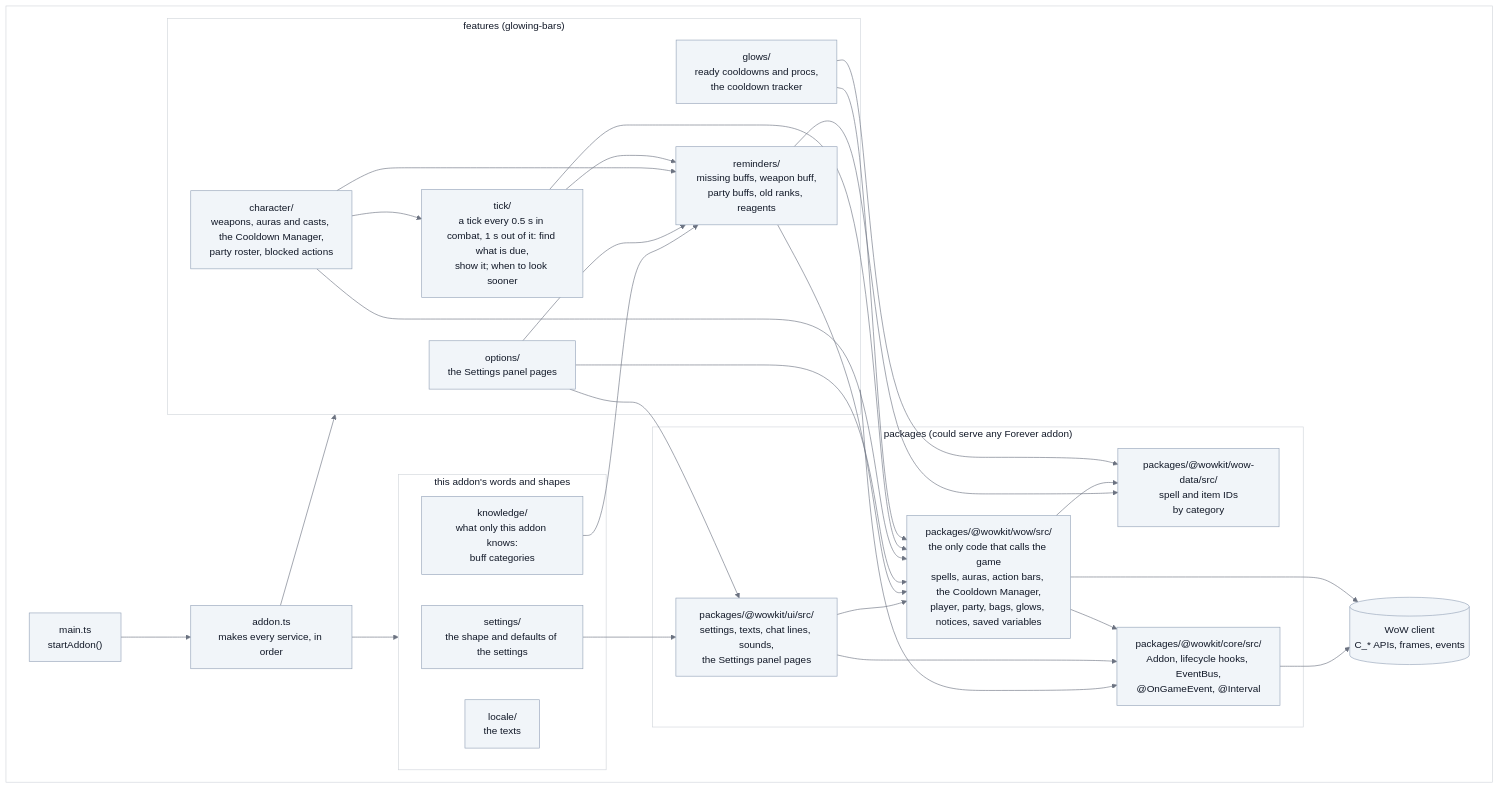
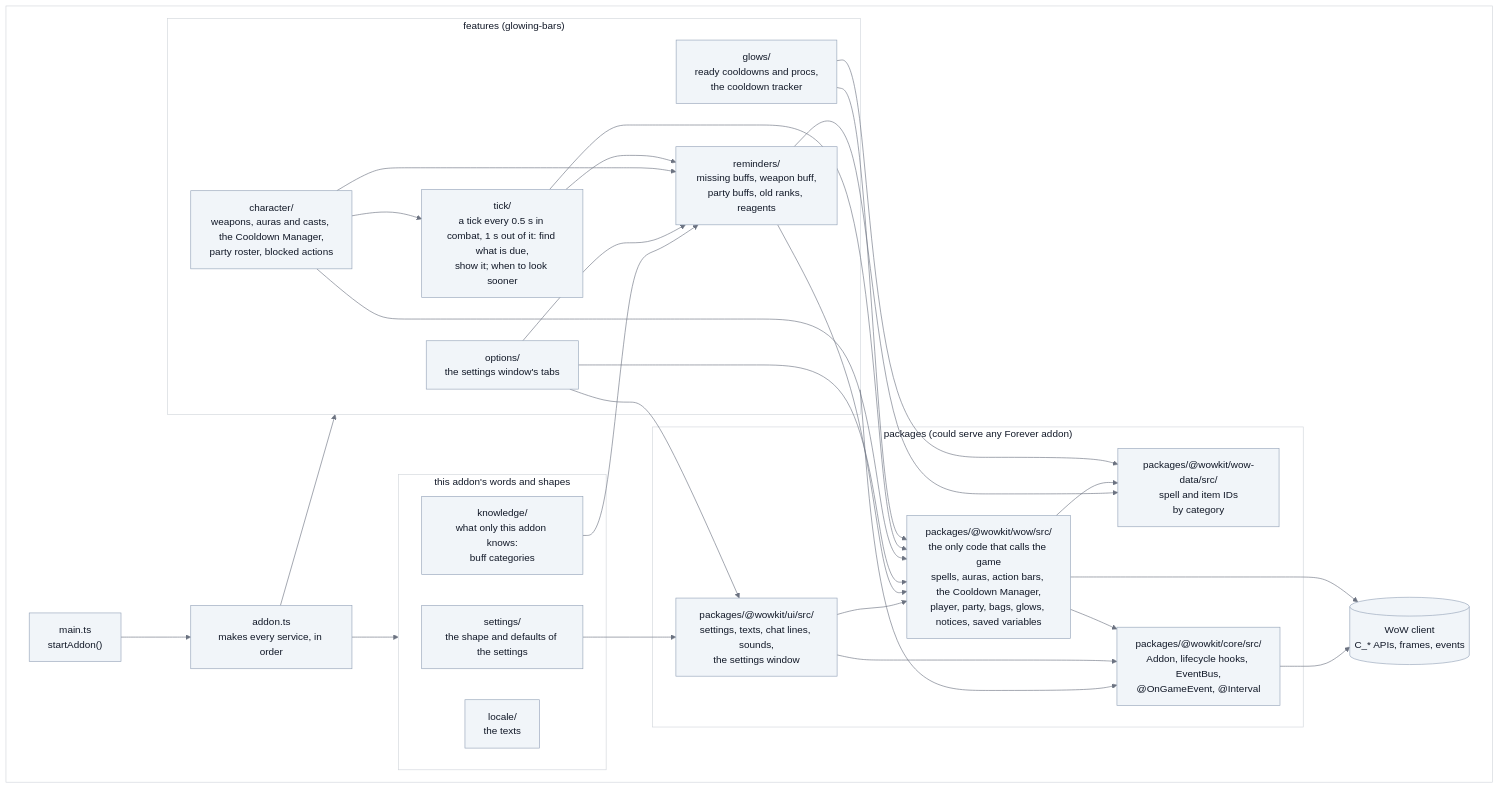
One commit to vattiss/wowkit changed the third of 10 diagrams in docs/architecture.md. Above: the diagram before and after it, drawn with Mermaid. The commit also changed other lines of this file and 9 other files, not shown here.

Commit message:
docs(glowing-bars): describe the settings window and its tabs

````diff
--- a/docs/architecture.md
+++ b/docs/architecture.md
@@ -112,58 +112,58 @@
 ```mermaid
 %%{init: {"theme":"base","themeVariables":{"background":"#ffffff","lineColor":"#6b7280","textColor":"#111827","primaryColor":"#f1f5f9","primaryTextColor":"#111827","primaryBorderColor":"#94a3b8","secondaryColor":"#e2e8f0","tertiaryColor":"#ffffff","mainBkg":"#f1f5f9","nodeBorder":"#94a3b8","nodeTextColor":"#111827","titleColor":"#111827","edgeLabelBackground":"#ffffff","labelBackground":"#ffffff","labelTextColor":"#111827","clusterBkg":"#ffffff","clusterBorder":"#d1d5db","classText":"#111827","actorBkg":"#f1f5f9","actorTextColor":"#111827","actorBorder":"#94a3b8","actorLineColor":"#6b7280","signalColor":"#374151","signalTextColor":"#111827","noteBkgColor":"#fef9c3","noteTextColor":"#111827","noteBorderColor":"#ca8a04"}}}%%
 flowchart TB
     classDef default fill:#f1f5f9,stroke:#94a3b8,color:#111827
     subgraph PANEL[" "]
         main["main.ts<br/>startAddon()"] --> wiring["addon.ts<br/>makes every service, in order"]
 
         subgraph words["this addon's words and shapes"]
             settings["settings/<br/>the shape and defaults of the settings"]
             locale["locale/<br/>the texts"]
             knowledge["knowledge/<br/>what only this addon knows:<br/>buff categories"]
         end
 
         subgraph features["features (glowing-bars)"]
             tick["tick/<br/>a tick every 0.5 s in combat, 1 s out of it: find what is due,<br/>show it; when to look sooner"]
             character["character/<br/>weapons, auras and casts, the Cooldown Manager,<br/>party roster, blocked actions"]
-            options["options/<br/>the Settings panel pages"]
+            options["options/<br/>the settings window's tabs"]
             reminders["reminders/<br/>missing buffs, weapon buff,<br/>party buffs, old ranks, reagents"]
             glows["glows/<br/>ready cooldowns and procs,<br/>the cooldown tracker"]
         end
 
 
         subgraph toolkit["packages (could serve any Forever addon)"]
-            ui["packages/@wowkit/ui/src/<br/>settings, texts, chat lines, sounds,<br/>the Settings panel pages"]
+            ui["packages/@wowkit/ui/src/<br/>settings, texts, chat lines, sounds,<br/>the settings window"]
             wow["packages/@wowkit/wow/src/<br/>the only code that calls the game<br/>spells, auras, action bars, the Cooldown Manager,<br/>player, party, bags, glows, notices, saved variables"]
             wowdata["packages/@wowkit/wow-data/src/<br/>spell and item IDs<br/>by category"]
             core["packages/@wowkit/core/src/<br/>Addon, lifecycle hooks, EventBus,<br/>@OnGameEvent, @Interval"]
         end
 
         game[("WoW client<br/>C_* APIs, frames, events")]
 
         wiring --> words
         wiring --> features
         glows --> wow
         glows --> wowdata
         wow --> wowdata
         reminders --> wowdata
         tick --> reminders
         tick --> wow
         character --> tick
         character --> reminders
         character --> wow
         options --> reminders
         options --> ui
         options --> wow
         knowledge --> reminders
         reminders --> wow
         settings --> ui
         ui --> wow
         wow --> game
         wow --> core
         ui --> core
         core --> game
         features --> core
     end
     classDef panel fill:#ffffff,stroke:#d1d5db,color:#111827
     class PANEL panel
 ```
````
